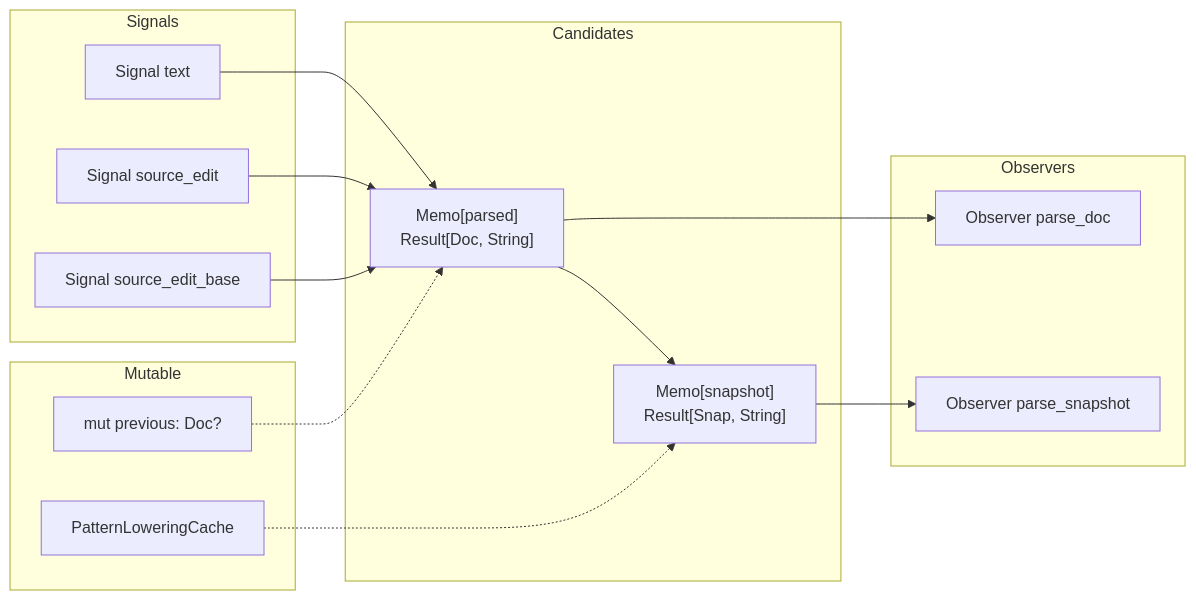
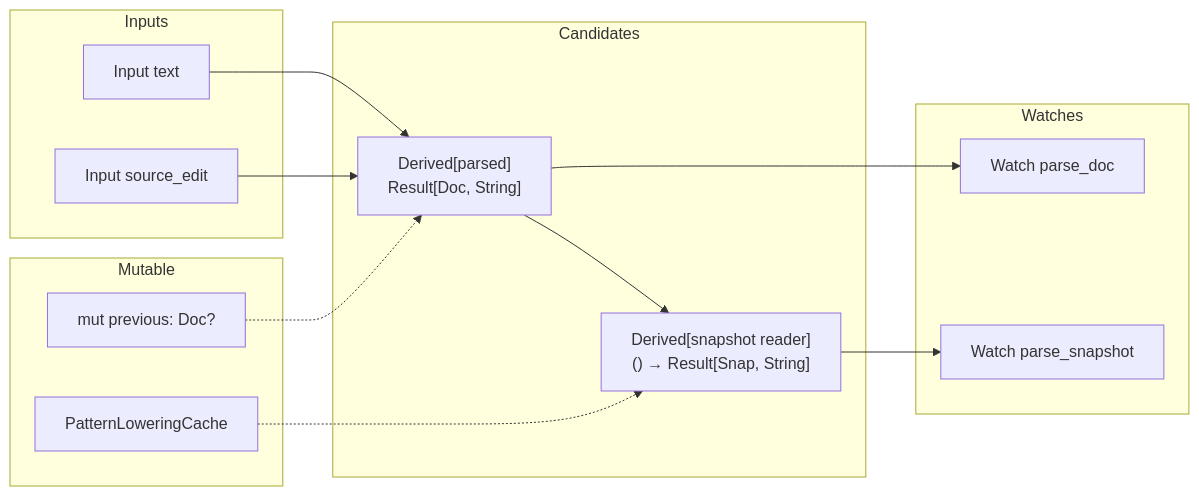
The first of 2 diagrams in docs/plans/2026-07-07-mini-authoring-accepted-derived-migration.md (dowdiness/moondsp), drawn with Mermaid before and after one commit. The commit also changed other lines of this file and 11 other files, not shown here.

````diff
--- a/docs/plans/2026-07-07-mini-authoring-accepted-derived-migration.md
+++ b/docs/plans/2026-07-07-mini-authoring-accepted-derived-migration.md
@@ -46,28 +47,26 @@
 ```mermaid
 flowchart LR
-    subgraph Signals
-        text[Signal text]
-        edit[Signal source_edit]
-        base[Signal source_edit_base]
+    subgraph Inputs
+        text[Input text]
+        edit[Input source_edit]
     end
     subgraph Candidates
-        parsed["Memo[parsed]<br/>Result[Doc, String]"]
-        snapshot["Memo[snapshot]<br/>Result[Snap, String]"]
+        parsed["Derived[parsed]<br/>Result[Doc, String]"]
+        snapshot["Derived[snapshot reader]<br/>() → Result[Snap, String]"]
     end
-    subgraph Observers
-        p_obs[Observer parse_doc]
-        s_obs[Observer parse_snapshot]
+    subgraph Watches
+        p_watch[Watch parse_doc]
+        s_watch[Watch parse_snapshot]
     end
     subgraph Mutable
         prev["mut previous: Doc?"]
         lc[PatternLoweringCache]
     end
     text --> parsed
     edit --> parsed
-    base --> parsed
     parsed --> snapshot
     prev -.-> parsed
     lc -.-> snapshot
-    parsed --> p_obs
-    snapshot --> s_obs
+    parsed --> p_watch
+    snapshot --> s_watch
 ```
````
